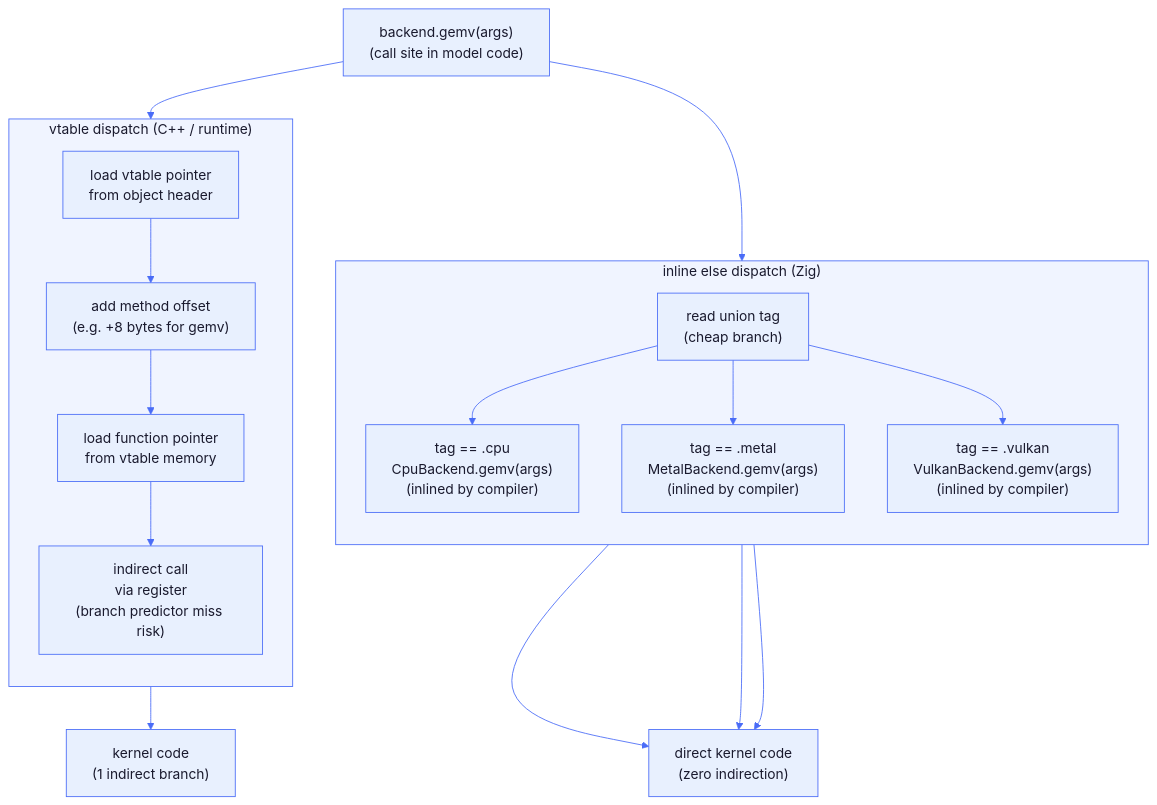
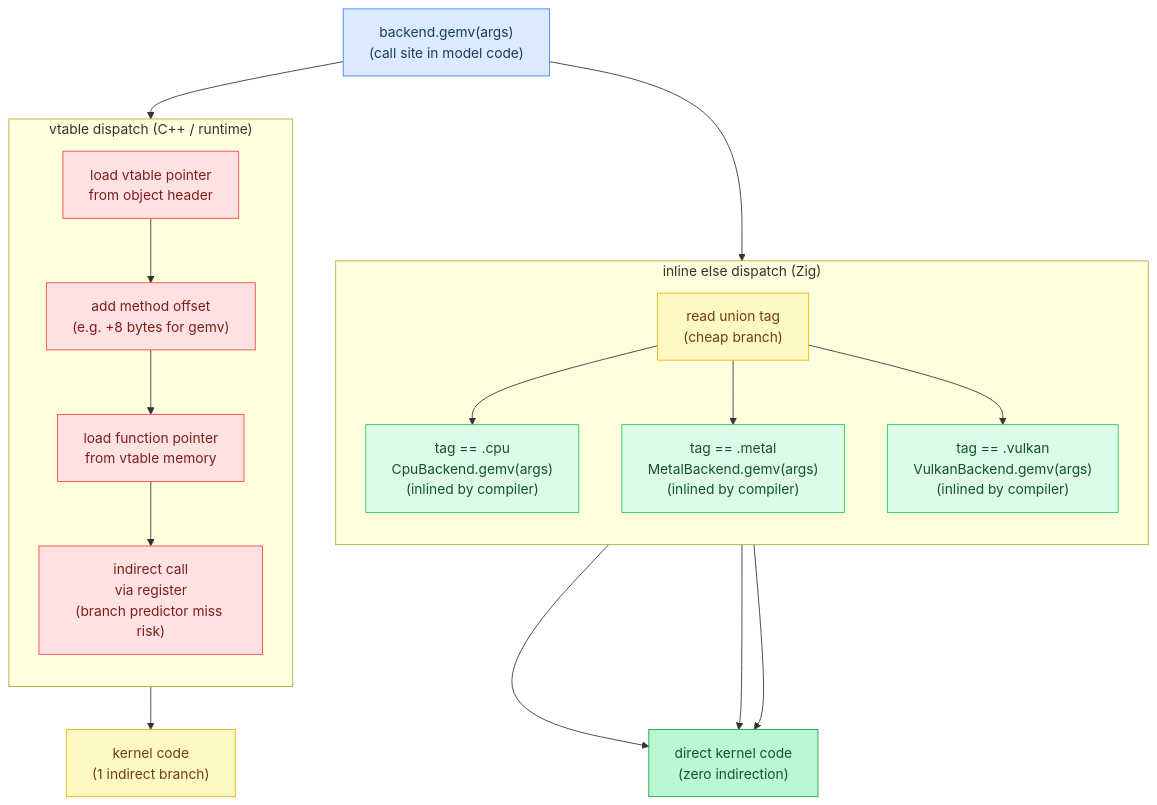
Before and after one commit to maci0/agave: the sixth of 7 diagrams in docs/tutorial/appendix-compile-time.md, drawn with Mermaid. The commit also changed other lines of this file and 24 other files, not shown here.

First line of the commit message:
docs: convert all mermaid diagrams to classDef semantic colors

````diff
--- a/docs/tutorial/appendix-compile-time.md
+++ b/docs/tutorial/appendix-compile-time.md
@@ -517,44 +521,47 @@
 ```mermaid
-%%{init: {'theme': 'base', 'themeVariables': {
-  'primaryColor': '#e8f0fe',
-  'primaryTextColor': '#1a1a2e',
-  'primaryBorderColor': '#4a6cf7',
-  'lineColor': '#4a6cf7',
-  'secondaryColor': '#f0f4ff',
-  'tertiaryColor': '#f8f9ff',
-  'edgeLabelBackground': '#ffffff',
-  'clusterBkg': '#f0f4ff',
-  'clusterBorder': '#4a6cf7',
-  'titleColor': '#1a1a2e',
-  'nodeTextColor': '#1a1a2e',
-  'fontFamily': 'ui-monospace, SFMono-Regular, monospace'
-}}}%%
 flowchart TD
-    Call["backend.gemv(args)\n(call site in model code)"]
+    classDef setup     fill:#dbeafe,stroke:#3b82f6,color:#1e3a5f
+    classDef sync      fill:#dcfce7,stroke:#22c55e,color:#14532d
+    classDef migration fill:#fef9c3,stroke:#eab308,color:#713f12
+    classDef success   fill:#bbf7d0,stroke:#16a34a,color:#14532d
+    classDef danger    fill:#fee2e2,stroke:#ef4444,color:#7f1d1d
+    classDef optional  fill:#f3e8ff,stroke:#9333ea,color:#581c87
+
+    Call["backend.gemv(args)\n(call site in model code)"]:::setup
+    IE_Tag["read union tag\n(cheap branch)"]:::migration
+    IE_CPU["tag == .cpu\nCpuBackend.gemv(args)\n(inlined by compiler)"]:::sync
+    IE_Metal["tag == .metal\nMetalBackend.gemv(args)\n(inlined by compiler)"]:::sync
+    IE_Vulkan["tag == .vulkan\nVulkanBackend.gemv(args)\n(inlined by compiler)"]:::sync
+    VT_Ptr["load vtable pointer\nfrom object header"]:::danger
+    VT_Offset["add method offset\n(e.g. +8 bytes for gemv)"]:::danger
+    VT_Load["load function pointer\nfrom vtable memory"]:::danger
+    VT_Call["indirect call\nvia register\n(branch predictor miss risk)"]:::danger
+    Res1["direct kernel code\n(zero indirection)"]:::success
+    Res2["kernel code\n(1 indirect branch)"]:::migration
 
     subgraph InlineElse["inline else dispatch (Zig)"]
         direction TB
-        IE_Tag["read union tag\n(cheap branch)"]
-        IE_CPU["tag == .cpu\nCpuBackend.gemv(args)\n(inlined by compiler)"]
-        IE_Metal["tag == .metal\nMetalBackend.gemv(args)\n(inlined by compiler)"]
-        IE_Vulkan["tag == .vulkan\nVulkanBackend.gemv(args)\n(inlined by compiler)"]
+        IE_Tag
+        IE_CPU
+        IE_Metal
+        IE_Vulkan
         IE_Tag --> IE_CPU & IE_Metal & IE_Vulkan
     end
 
     subgraph VTable["vtable dispatch (C++ / runtime)"]
         direction TB
-        VT_Ptr["load vtable pointer\nfrom object header"]
-        VT_Offset["add method offset\n(e.g. +8 bytes for gemv)"]
-        VT_Load["load function pointer\nfrom vtable memory"]
-        VT_Call["indirect call\nvia register\n(branch predictor miss risk)"]
+        VT_Ptr
+        VT_Offset
+        VT_Load
+        VT_Call
         VT_Ptr --> VT_Offset --> VT_Load --> VT_Call
     end
 
     Call --> IE_Tag
     Call --> VT_Ptr
 
-    IE_CPU --> Res1["direct kernel code\n(zero indirection)"]
+    IE_CPU --> Res1
     IE_Metal --> Res1
     IE_Vulkan --> Res1
-    VT_Call --> Res2["kernel code\n(1 indirect branch)"]
+    VT_Call --> Res2
 ```
````
